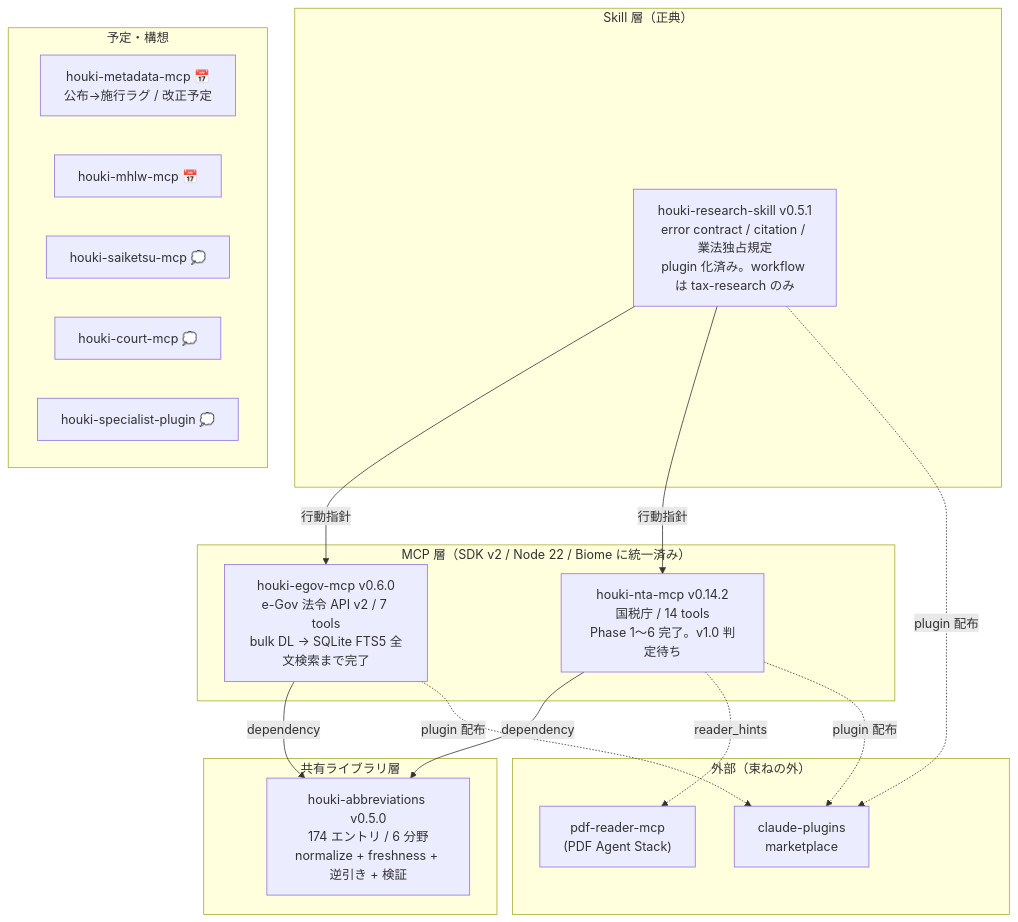
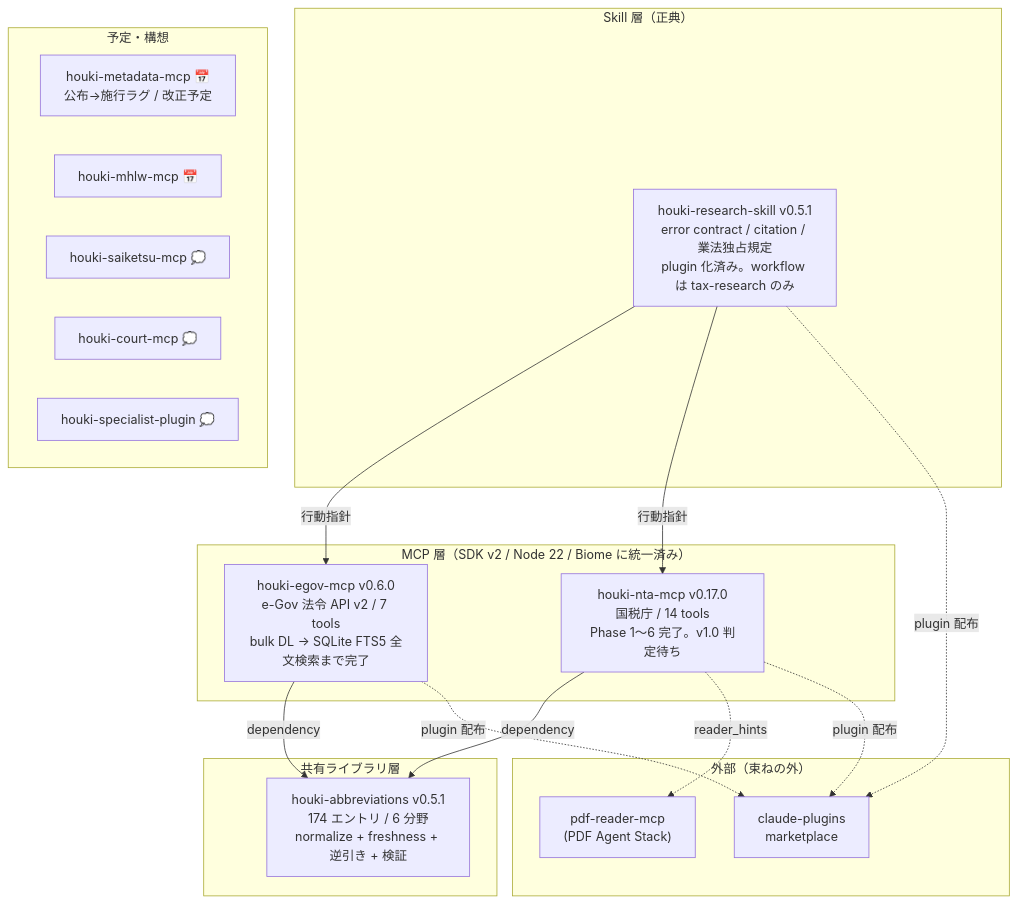
The diagram in docs/ROADMAP.md (shuji-bonji/houki-hub), drawn with Mermaid before and after one commit. The commit also changed other lines of this file, not shown here.

First line of the commit message:
docs(ROADMAP): houki-nta-mcp 0.17.0 / houki-abbreviations 0.5.1 に版表記を合わせる

````diff
--- a/docs/ROADMAP.md
+++ b/docs/ROADMAP.md
@@ -8,28 +8,28 @@
 ```mermaid
 graph TB
     subgraph Skill層["Skill 層（正典）"]
         SKILL["houki-research-skill v0.5.1<br/>error contract / citation / 業法独占規定<br/>plugin 化済み。workflow は tax-research のみ"]
     end
     subgraph MCP層["MCP 層（SDK v2 / Node 22 / Biome に統一済み）"]
         EGOV["houki-egov-mcp v0.6.0<br/>e-Gov 法令 API v2 / 7 tools<br/>bulk DL → SQLite FTS5 全文検索まで完了"]
-        NTA["houki-nta-mcp v0.14.2<br/>国税庁 / 14 tools<br/>Phase 1〜6 完了。v1.0 判定待ち"]
+        NTA["houki-nta-mcp v0.17.0<br/>国税庁 / 14 tools<br/>Phase 1〜6 完了。v1.0 判定待ち"]
     end
     subgraph 共有層["共有ライブラリ層"]
-        ABBR["houki-abbreviations v0.5.0<br/>174 エントリ / 6 分野<br/>normalize + freshness + 逆引き + 検証"]
+        ABBR["houki-abbreviations v0.5.1<br/>174 エントリ / 6 分野<br/>normalize + freshness + 逆引き + 検証"]
     end
     subgraph 外部["外部（束ねの外）"]
         PDF["pdf-reader-mcp<br/>(PDF Agent Stack)"]
         PLUGINS["claude-plugins<br/>marketplace"]
     end
     SKILL -->|行動指針| EGOV & NTA
     EGOV & NTA -->|dependency| ABBR
     NTA -.->|reader_hints| PDF
     EGOV & NTA & SKILL -.->|plugin 配布| PLUGINS
     subgraph 将来["予定・構想"]
         META["houki-metadata-mcp 📅<br/>公布→施行ラグ / 改正予定"]
         MHLW["houki-mhlw-mcp 📅"]
         SAIKETSU["houki-saiketsu-mcp 💭"]
         COURT["houki-court-mcp 💭"]
         AGENT["houki-specialist-plugin 💭"]
     end
 ```
````
